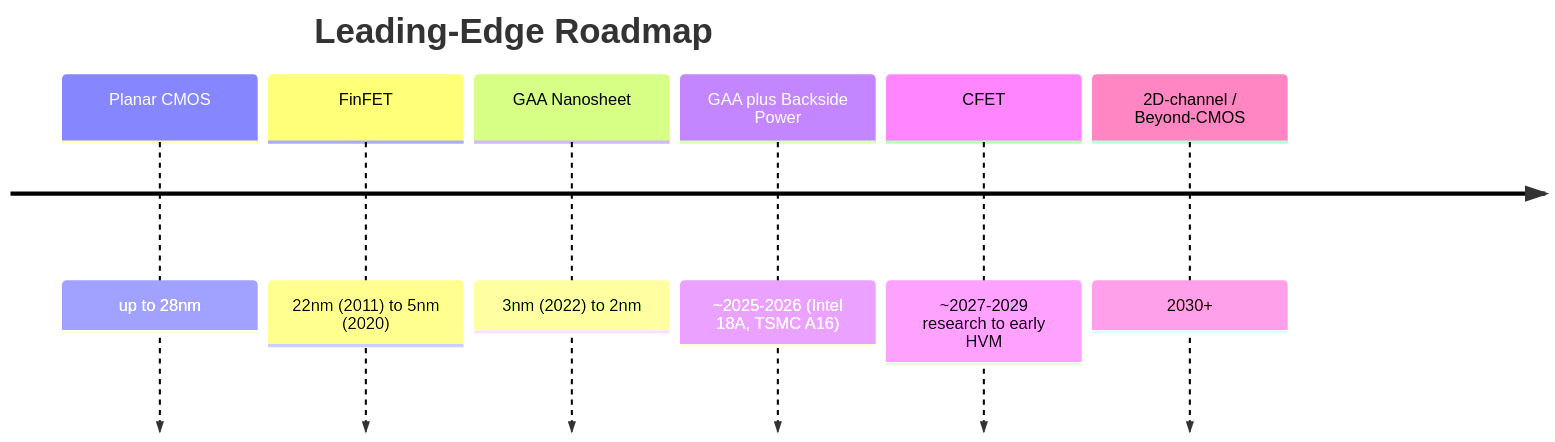
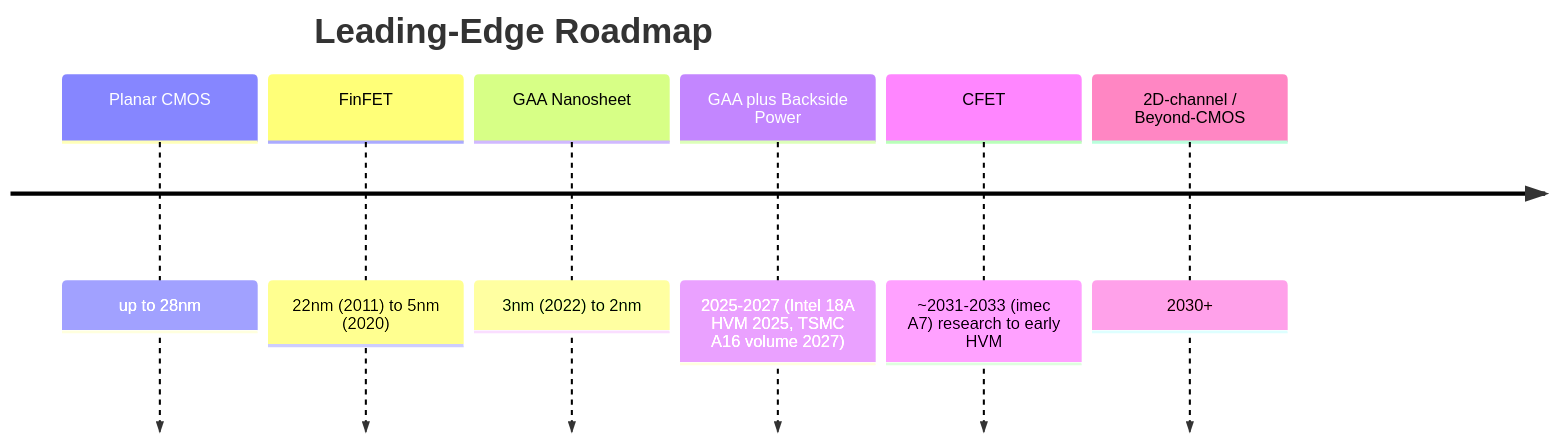
Before and after one commit to FrankHuang94/semicap_technologies_claude: the first of 2 diagrams in 15_technology_roadmaps.md, drawn with Mermaid. The commit also changed other lines of this file and 60 other files, not shown here.

````diff
--- a/15_technology_roadmaps.md
+++ b/15_technology_roadmaps.md
@@ -26,10 +26,10 @@
 ```mermaid
 timeline
     title Leading-Edge Roadmap
     Planar CMOS : up to 28nm
     FinFET : 22nm (2011) to 5nm (2020)
     GAA Nanosheet : 3nm (2022) to 2nm
-    GAA plus Backside Power : ~2025-2026 (Intel 18A, TSMC A16)
-    CFET : ~2027-2029 research to early HVM
+    GAA plus Backside Power : 2025-2027 (Intel 18A HVM 2025, TSMC A16 volume 2027)
+    CFET : ~2031-2033 (imec A7) research to early HVM
     2D-channel / Beyond-CMOS : 2030+
 ```
````
